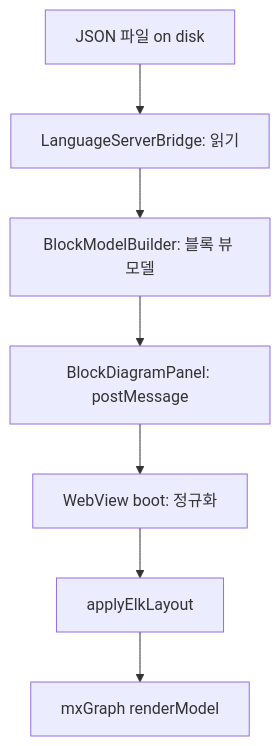
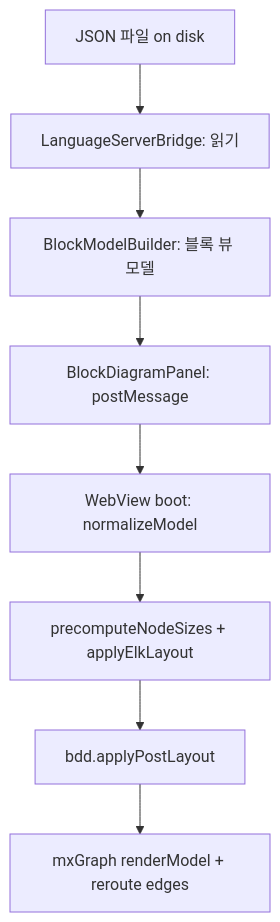
Before and after one commit to chaniii999/block-editor: the second of 2 diagrams in p_docs/01_프로젝트_간단지도.md, drawn with Mermaid. The commit also changed other lines of this file and 7 other files, not shown here.

````diff
--- a/p_docs/01_프로젝트_간단지도.md
+++ b/p_docs/01_프로젝트_간단지도.md
@@ -71,9 +76,10 @@
 ```mermaid
 flowchart TD
   A[JSON 파일 on disk] --> B[LanguageServerBridge: 읽기]
   B --> C[BlockModelBuilder: 블록 뷰 모델]
   C --> D[BlockDiagramPanel: postMessage]
-  D --> E[WebView boot: 정규화]
-  E --> F[applyElkLayout]
-  F --> G[mxGraph renderModel]
+  D --> E[WebView boot: normalizeModel]
+  E --> F[precomputeNodeSizes + applyElkLayout]
+  F --> G[bdd.applyPostLayout]
+  G --> H[mxGraph renderModel + reroute edges]
 ```
````
